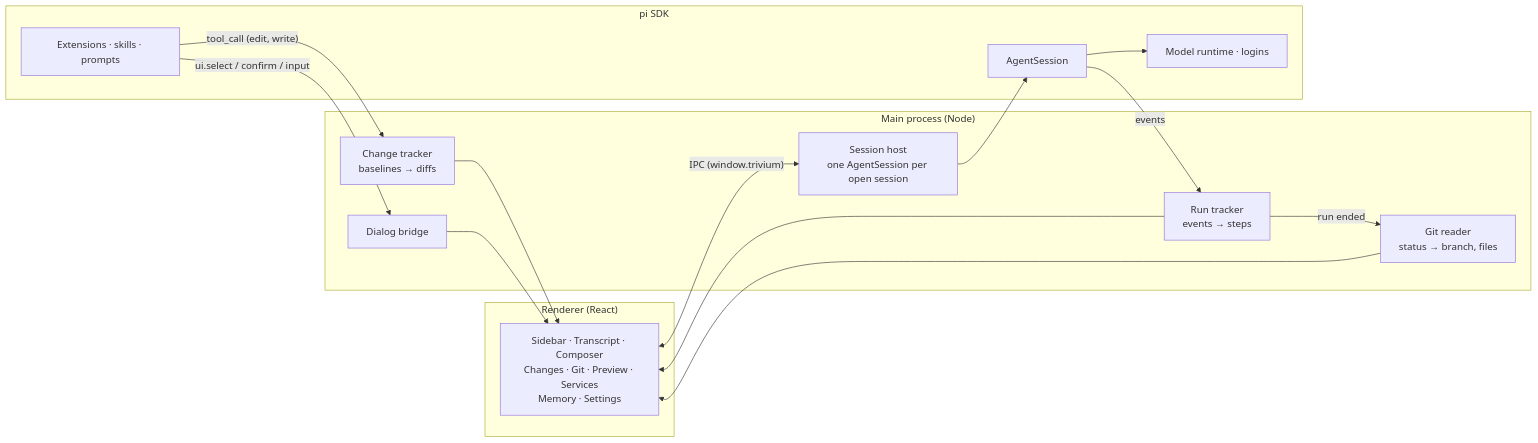
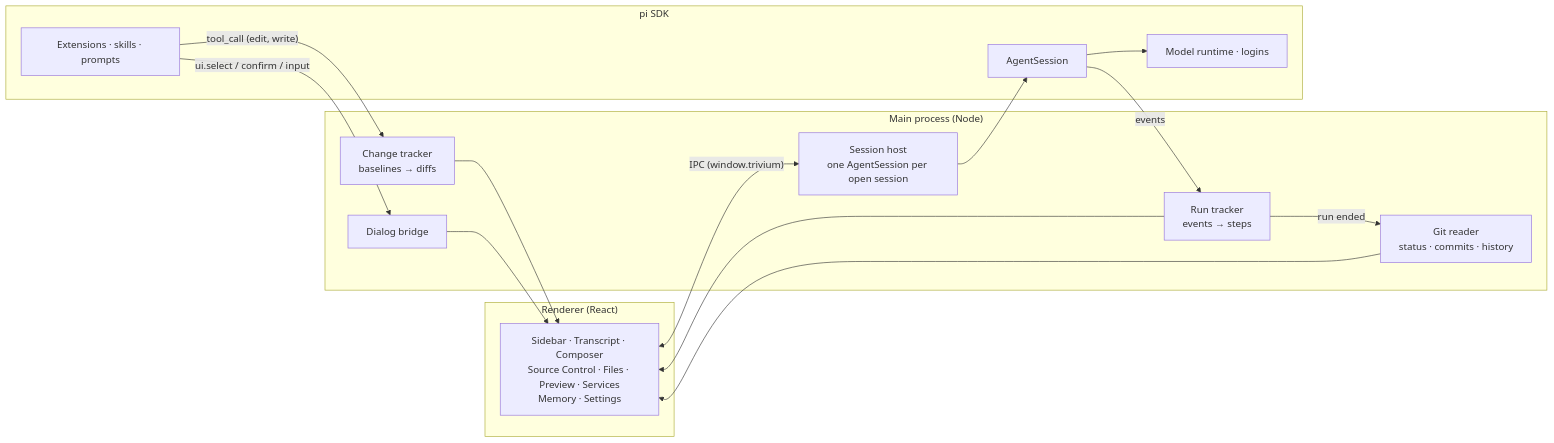
The diagram in README.ja.md (SkarnerV/Trivium), drawn with Mermaid before and after one commit. The commit also changed other lines of this file and 5 other files, not shown here.

````diff
--- a/README.ja.md
+++ b/README.ja.md
@@ -206,25 +207,25 @@
 ```mermaid
 flowchart LR
   subgraph Window["Renderer (React)"]
-    UI["Sidebar · Transcript · Composer<br/>Changes · Git · Preview · Services<br/>Memory · Settings"]
+    UI["Sidebar · Transcript · Composer<br/>Source Control · Files · Preview · Services<br/>Memory · Settings"]
   end
   subgraph Main["Main process (Node)"]
     Host["Session host<br/>one AgentSession per open session"]
     Tracker["Run tracker<br/>events → steps"]
     Changes["Change tracker<br/>baselines → diffs"]
-    Git["Git reader<br/>status → branch, files"]
+    Git["Git reader<br/>status · commits · history"]
     Dialogs["Dialog bridge"]
   end
   subgraph Pi["pi SDK"]
     Session["AgentSession"]
     Ext["Extensions · skills · prompts"]
     Models["Model runtime · logins"]
   end
   UI <-- "IPC (window.trivium)" --> Host
   Host --> Session
   Session -- events --> Tracker --> UI
   Ext -- "tool_call (edit, write)" --> Changes --> UI
   Tracker -- "run ended" --> Git --> UI
   Ext -- "ui.select / confirm / input" --> Dialogs --> UI
   Session --> Models
 ```
````
